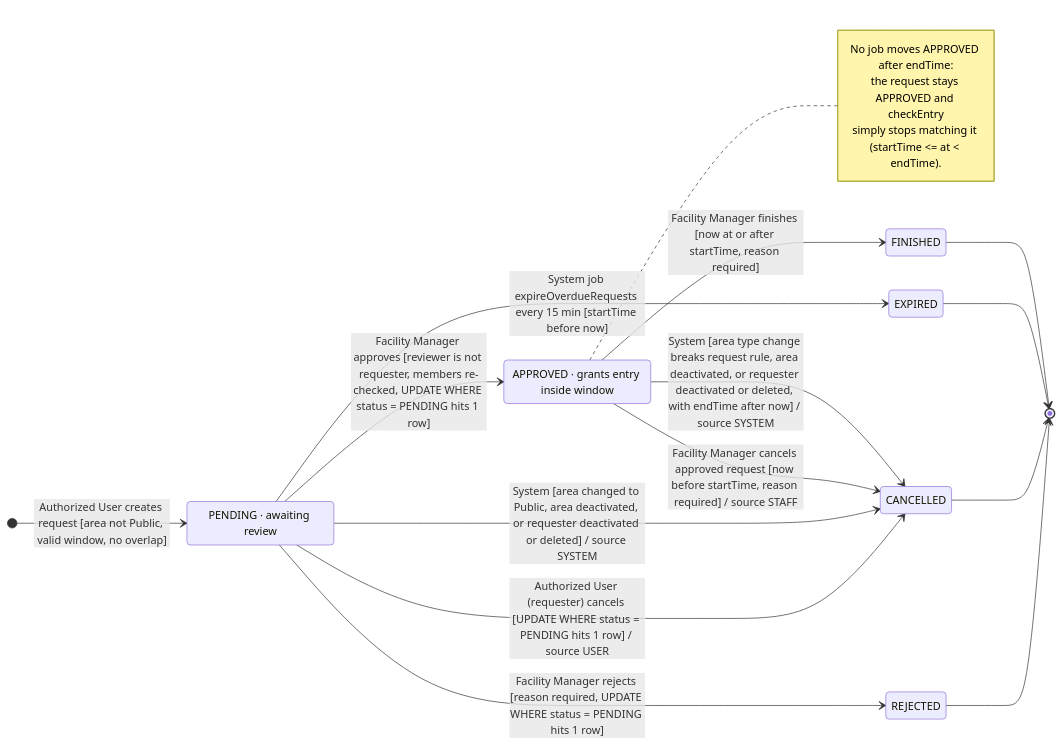
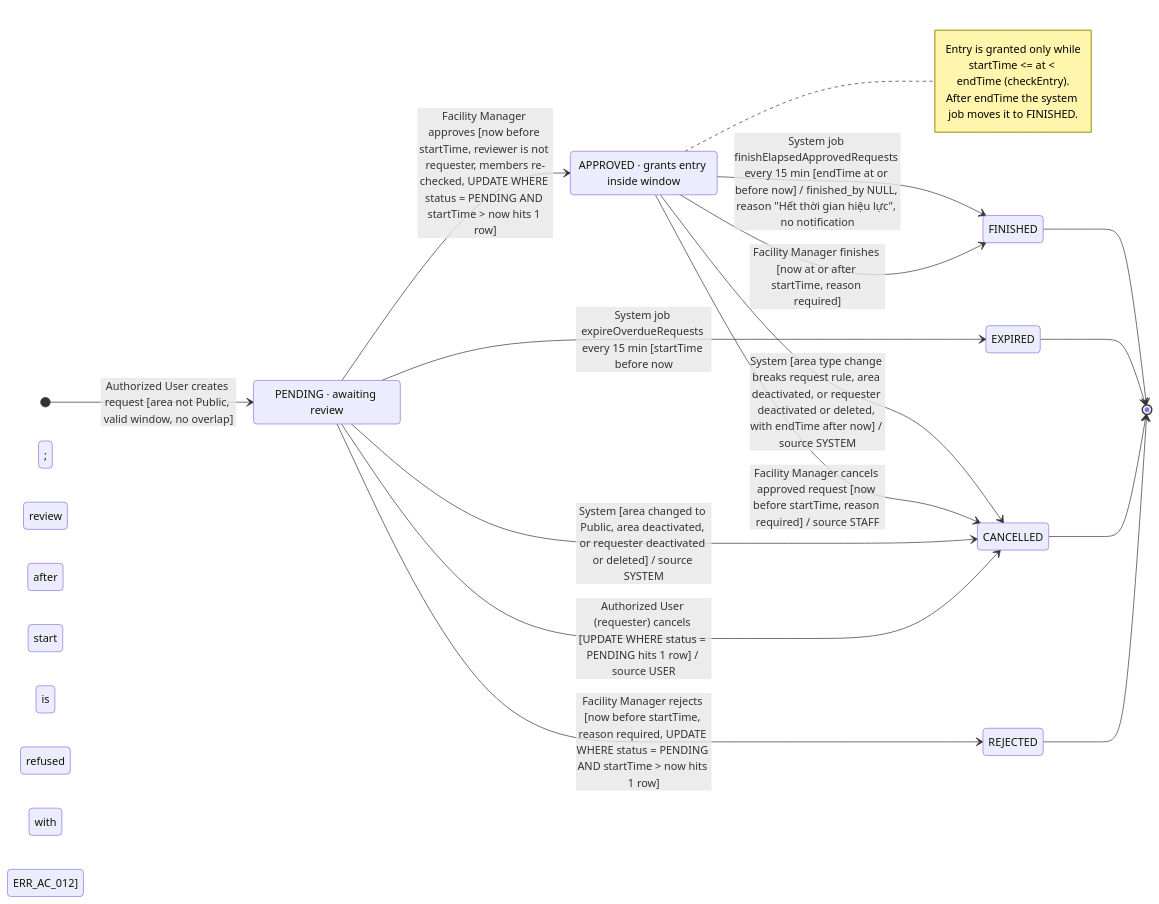
The diagram in docs/diagrams/state-access-request.mmd (AnhHao2505/AI-Based-Intelligent-Campus-Security-Surveillance-System), drawn with Mermaid before and after one commit. The commit also changed 7 other files, not shown here.

Commit message:
docs(diagrams): update for access rules (no late review, system finish, one grant per record, schedules only)

```diff
--- a/docs/diagrams/state-access-request.mmd
+++ b/docs/diagrams/state-access-request.mmd
@@ -1,33 +1,34 @@
-%% Title: SM-01 Access request lifecycle · Source: enums/RequestStatus.java, service/AccessRequestService.java, service/AreaService.java (cancelRequestsBySystem) · Generated from main @ 84f5565
+%% Title: SM-01 Access request lifecycle · Source: enums/RequestStatus.java, service/AccessRequestService.java, service/AreaService.java (cancelRequestsBySystem) · Generated from main @ 84c7760
 stateDiagram-v2
     direction LR
 
     state "PENDING · awaiting review" as PENDING
     state "APPROVED · grants entry inside window" as APPROVED
     state "REJECTED" as REJECTED
     state "CANCELLED" as CANCELLED
     state "EXPIRED" as EXPIRED
     state "FINISHED" as FINISHED
 
     [*] --> PENDING : Authorized User creates request [area not Public, valid window, no overlap]
 
-    PENDING --> APPROVED : Facility Manager approves [reviewer is not requester, members re-checked, UPDATE WHERE status = PENDING hits 1 row]
-    PENDING --> REJECTED : Facility Manager rejects [reason required, UPDATE WHERE status = PENDING hits 1 row]
+    PENDING --> APPROVED : Facility Manager approves [now before startTime, reviewer is not requester, members re-checked, UPDATE WHERE status = PENDING AND startTime > now hits 1 row]
+    PENDING --> REJECTED : Facility Manager rejects [now before startTime, reason required, UPDATE WHERE status = PENDING AND startTime > now hits 1 row]
     PENDING --> CANCELLED : Authorized User (requester) cancels [UPDATE WHERE status = PENDING hits 1 row] / source USER
-    PENDING --> EXPIRED : System job expireOverdueRequests every 15 min [startTime before now]
+    PENDING --> EXPIRED : System job expireOverdueRequests every 15 min [startTime before now; review after start is refused with ERR_AC_012]
     PENDING --> CANCELLED : System [area changed to Public, area deactivated, or requester deactivated or deleted] / source SYSTEM
 
     APPROVED --> FINISHED : Facility Manager finishes [now at or after startTime, reason required]
+    APPROVED --> FINISHED : System job finishElapsedApprovedRequests every 15 min [endTime at or before now] / finished_by NULL, reason "Hết thời gian hiệu lực", no notification
     APPROVED --> CANCELLED : Facility Manager cancels approved request [now before startTime, reason required] / source STAFF
     APPROVED --> CANCELLED : System [area type change breaks request rule, area deactivated, or requester deactivated or deleted, with endTime after now] / source SYSTEM
 
     REJECTED --> [*]
     CANCELLED --> [*]
     EXPIRED --> [*]
     FINISHED --> [*]
 
     note right of APPROVED
-        No job moves APPROVED after endTime:
-        the request stays APPROVED and checkEntry
-        simply stops matching it (startTime <= at < endTime).
+        Entry is granted only while
+        startTime <= at < endTime (checkEntry).
+        After endTime the system job moves it to FINISHED.
     end note
```
